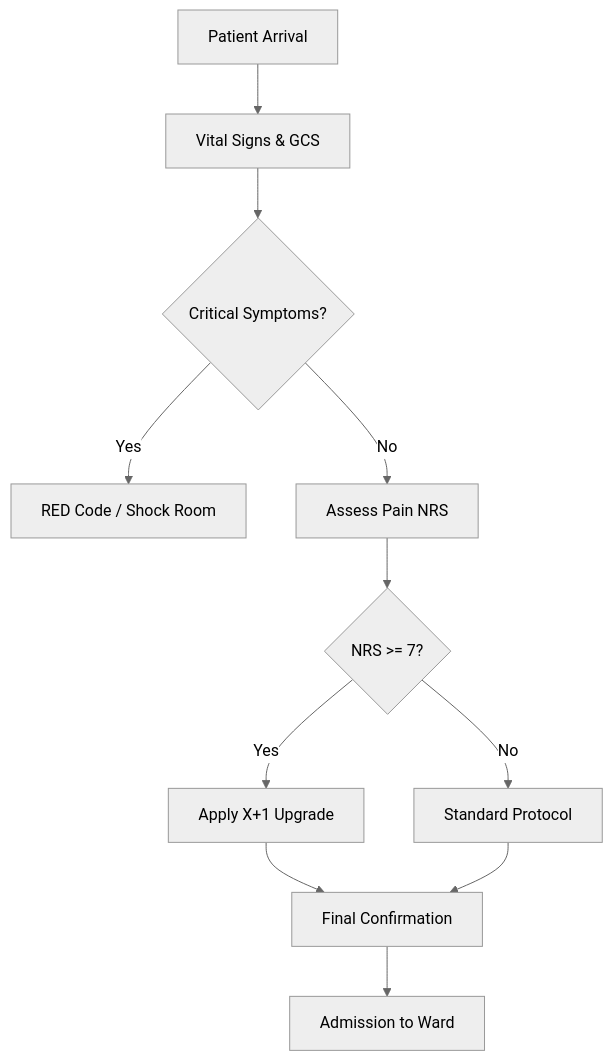
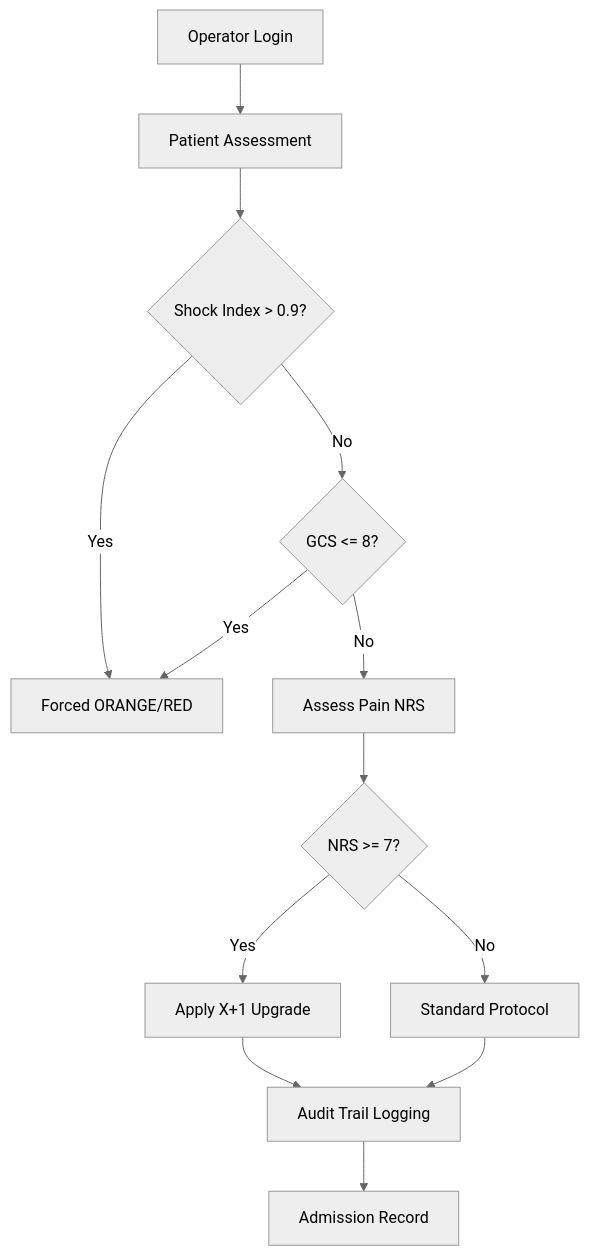
The diagram in README.md (E-Tarchi/medical-triage-system), drawn with Mermaid (neutral theme) before and after one commit. The commit also changed other lines of this file, not shown here.

````diff
--- a/README.md
+++ b/README.md
@@ -28,13 +28,15 @@
 ```mermaid
 graph TD
-    A[Patient Arrival] --> B[Vital Signs & GCS]
-    B --> C{Critical Symptoms?}
-    C -- Yes --> D[RED Code / Shock Room]
-    C -- No --> E[Assess Pain NRS]
-    E --> F{NRS >= 7?}
-    F -- Yes --> G[Apply X+1 Upgrade]
-    F -- No --> H[Standard Protocol]
-    G --> I[Final Confirmation]
-    H --> I[Final Confirmation]
-    I --> J[Admission to Ward]
+    A[Operator Login] --> B[Patient Assessment]
+    B --> C{Shock Index > 0.9?}
+    C -- Yes --> D[Forced ORANGE/RED]
+    C -- No --> E{GCS <= 8?}
+    E -- Yes --> D
+    E -- No --> F[Assess Pain NRS]
+    F --> G{NRS >= 7?}
+    G -- Yes --> H[Apply X+1 Upgrade]
+    G -- No --> I[Standard Protocol]
+    H --> L[Audit Trail Logging]
+    I --> L
+    L --> M[Admission Record]
 ```
````
